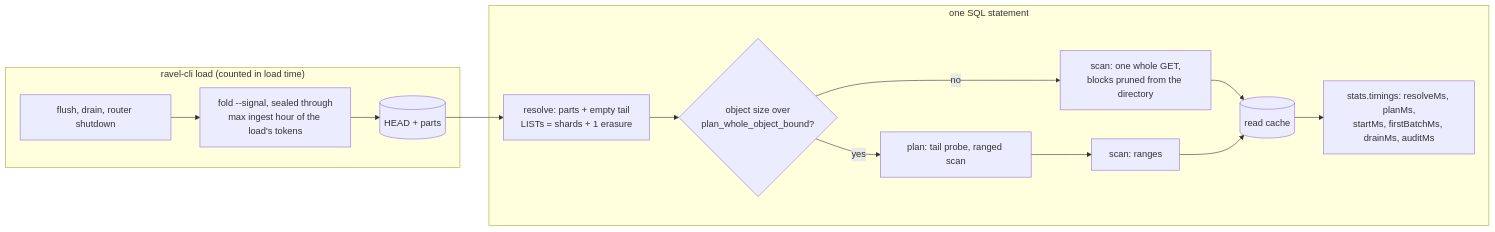
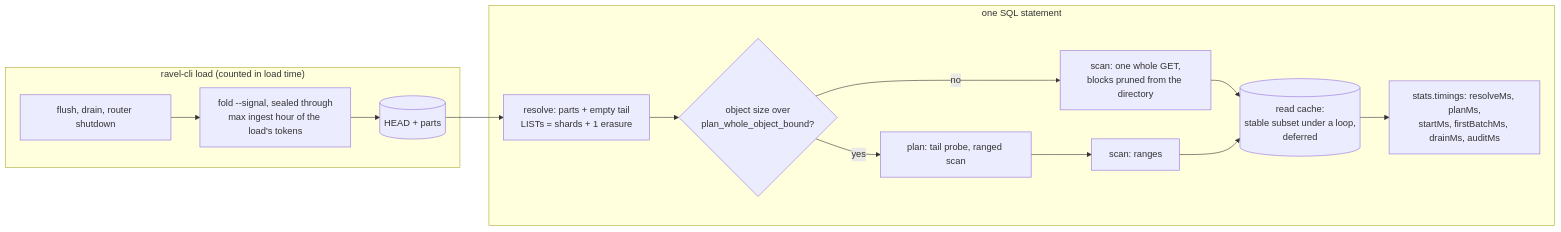
The diagram in docs/adrs/2677-clickbench-floor-fetch-and-pruning.md (NOFireAI/ravel), drawn with Mermaid before and after one commit. The commit also changed other lines of this file, not shown here.

````diff
--- a/docs/adrs/2677-clickbench-floor-fetch-and-pruning.md
+++ b/docs/adrs/2677-clickbench-floor-fetch-and-pruning.md
@@ -54,17 +55,17 @@
 ```mermaid
 flowchart LR
   subgraph load["ravel-cli load (counted in load time)"]
     L[flush, drain, router shutdown] --> F["fold --signal, sealed through<br/>max ingest hour of the load's tokens"]
     F --> H[(HEAD + parts)]
   end
   subgraph statement["one SQL statement"]
     R["resolve: parts + empty tail<br/>LISTs = shards + 1 erasure"] --> P{object size over<br/>plan_whole_object_bound?}
     P -->|yes| PL[plan: tail probe, ranged scan]
     P -->|no| S1["scan: one whole GET,<br/>blocks pruned from the directory"]
     PL --> S2[scan: ranges]
-    S1 --> C[(read cache)]
+    S1 --> C[(read cache:<br/>stable subset under a loop,<br/>deferred)]
     S2 --> C
     C --> T["stats.timings: resolveMs, planMs,<br/>startMs, firstBatchMs, drainMs, auditMs"]
   end
   H --> R
 ```
````
